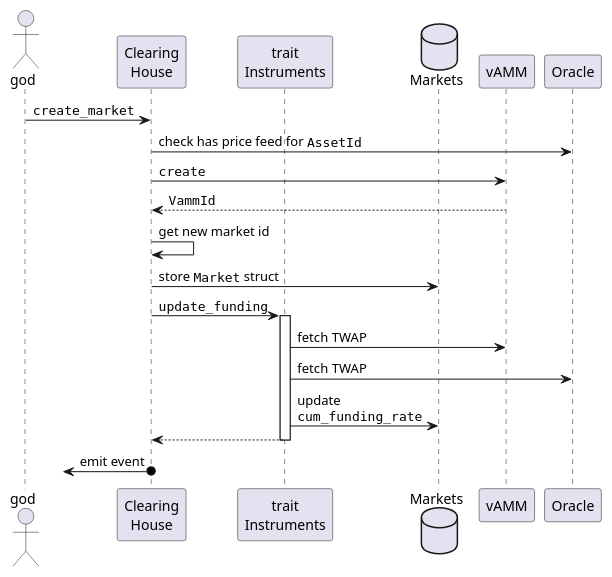
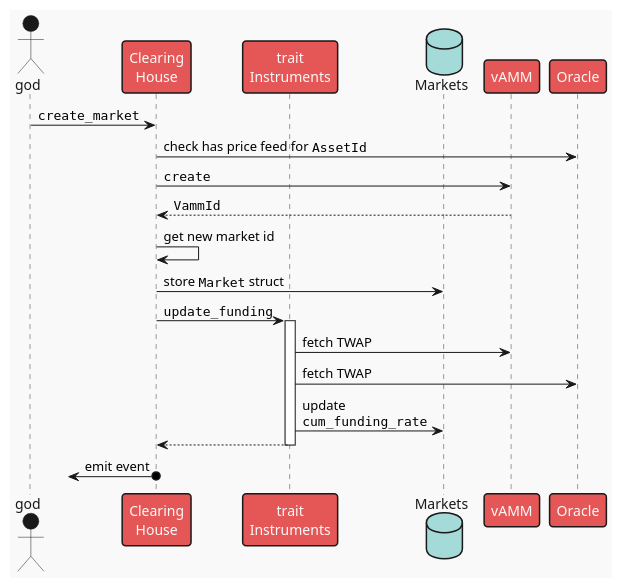
The diagram in frame/clearing-house/diagrams/create-market.plantuml (ComposableFi/composable), drawn with PlantUML before and after one commit. The commit also changed 1 other file, not shown here.

Commit message:
docs(CH): update diagrams
* Merge MarginTrading into ClearingHouse trait
* Add color coding to relationships
* Add FeeModel trait

```diff
--- a/frame/clearing-house/diagrams/create-market.plantuml
+++ b/frame/clearing-house/diagrams/create-market.plantuml
@@ -1,27 +1,29 @@
 @startuml create_market
+!theme mars
+
 actor "god" as g
 participant "Clearing\nHouse" as ch
 participant "trait\nInstruments" as inst
 database "Markets" as markets
 participant "vAMM" as vamm
 participant "Oracle" as oracle 
 
 g -> ch : ""create_market""
 
 ch -> oracle : check has price feed for ""AssetId""
 
 ch -> vamm : ""create""
 return ""VammId""
 
 ch -> ch : get new market id
 
 ch -> markets : store ""Market"" struct
 
 ch -> inst ++: ""update_funding""
 inst -> vamm: fetch TWAP
 inst -> oracle: fetch TWAP
 inst -> markets : update\n""cum_funding_rate""
 return
 
 ?<-o ch : emit event
 @enduml
```
